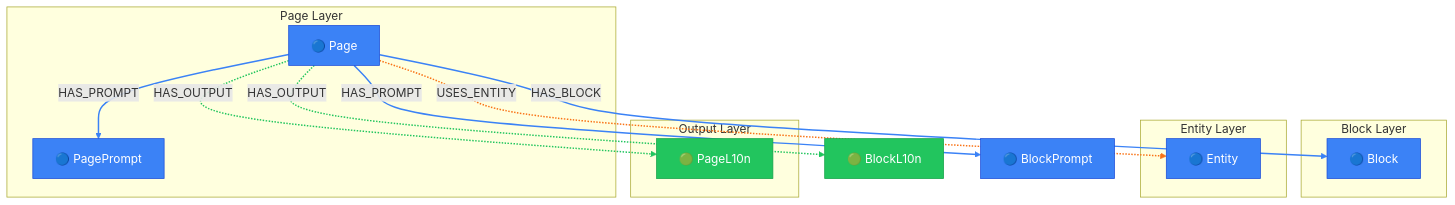
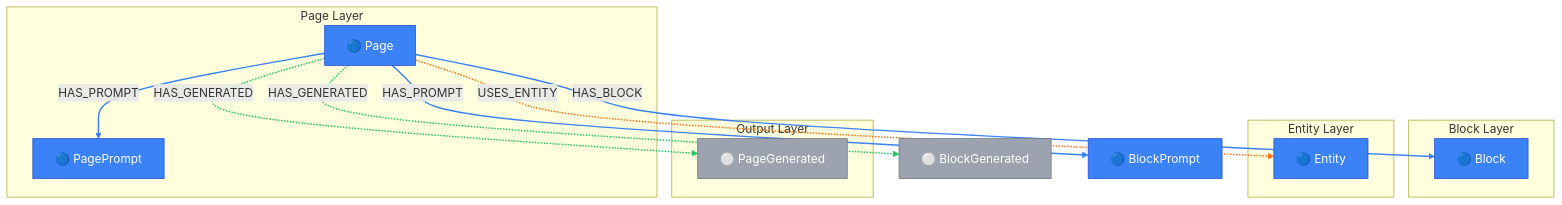
One commit to supernovae-st/novanet changed the diagram in packages/core/models/docs/page-generation-context.md. Above: the diagram before and after it, drawn with Mermaid. The commit also changed other lines of this file and 20 other files, not shown here.

````diff
--- a/packages/core/models/docs/page-generation-context.md
+++ b/packages/core/models/docs/page-generation-context.md
@@ -26,55 +26,55 @@
 ```mermaid
 flowchart TB
   %% View: Page Generation Context (page-generation-context)
   %% 7 nodes, 6 arcs
 
   %% Trait styling (node_trait)
   classDef invariant fill:#3b82f6,stroke:#1d4ed8,color:#fff
   classDef localized fill:#22c55e,stroke:#16a34a,color:#fff
   classDef knowledge fill:#8b5cf6,stroke:#7c3aed,color:#fff
   classDef derived fill:#9ca3af,stroke:#6b7280,color:#fff
   classDef job fill:#6b7280,stroke:#4b5563,color:#fff
 
   subgraph PAGE_LAYER["Page Layer"]
     Page["🔵 Page"]
     PagePrompt["🔵 PagePrompt"]
   end
 
   subgraph BLOCK_LAYER["Block Layer"]
     Block["🔵 Block"]
   end
 
   subgraph ENTITY_LAYER["Entity Layer"]
     Entity["🔵 Entity"]
   end
 
   subgraph OUTPUT_LAYER["Output Layer"]
-    PageL10n["🟢 PageL10n"]
+    PageGenerated["⚪ PageGenerated"]
   end
 
   %% Additional reachable nodes
-  BlockL10n["🟢 BlockL10n"]
+  BlockGenerated["⚪ BlockGenerated"]
   BlockPrompt["🔵 BlockPrompt"]
 
   %% Relationships (styled by arc family)
   Page -->|HAS_BLOCK| Block
-  Page -.->|HAS_OUTPUT| BlockL10n
-  Page -.->|HAS_OUTPUT| PageL10n
+  Page -.->|HAS_GENERATED| BlockGenerated
+  Page -.->|HAS_GENERATED| PageGenerated
   Page -->|HAS_PROMPT| BlockPrompt
   Page -->|HAS_PROMPT| PagePrompt
   Page -.->|USES_ENTITY| Entity
 
   %% Arc colors by family
   linkStyle 1,2 stroke:#22c55e,stroke-width:2px
   linkStyle 0,3,4 stroke:#3b82f6,stroke-width:2px
   linkStyle 5 stroke:#f97316,stroke-width:2px
 
   %% Class assignments
   class Block invariant
-  class BlockL10n localized
+  class BlockGenerated derived
   class BlockPrompt invariant
   class Entity invariant
   class Page invariant
-  class PageL10n localized
+  class PageGenerated derived
   class PagePrompt invariant
 ```
````
